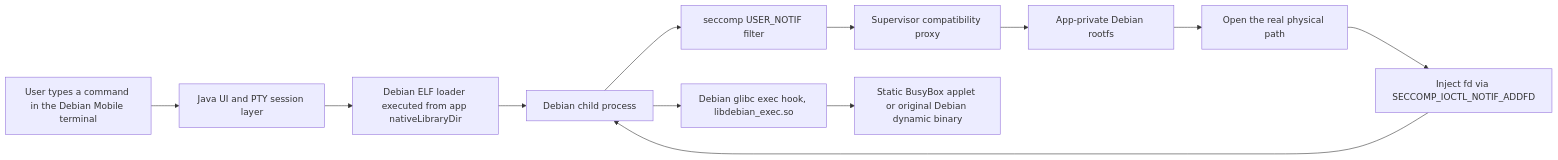
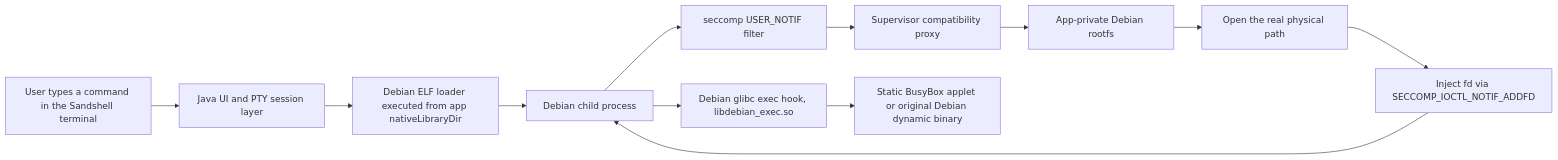
The diagram in README.md (leiqiaoyu/sandshell-android), drawn with Mermaid before and after one commit. The commit also changed other lines of this file and 2 other files, not shown here.

First line of the commit message:
Rebrand project to Sandshell across bilingual READMEs

````diff
--- a/README.md
+++ b/README.md
@@ -68,14 +68,14 @@
 ```mermaid
 flowchart LR
-    U[User types a command in the Debian Mobile terminal] --> J[Java UI and PTY session layer]
+    U[User types a command in the Sandshell terminal] --> J[Java UI and PTY session layer]
     J --> L[Debian ELF loader executed from app nativeLibraryDir]
     L --> C[Debian child process]
     C --> S[seccomp USER_NOTIF filter]
     S --> P[Supervisor compatibility proxy]
     P --> R[App-private Debian rootfs]
     R --> F[Open the real physical path]
     F --> A[Inject fd via SECCOMP_IOCTL_NOTIF_ADDFD]
     A --> C
     C --> H[Debian glibc exec hook, libdebian_exec.so]
     H --> B[Static BusyBox applet or original Debian dynamic binary]
 ```
````
